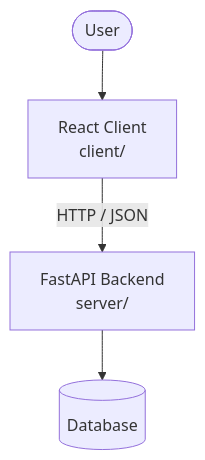
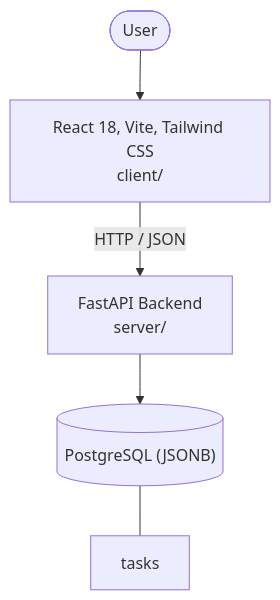
One commit to p67428378-afk/SCRUM changed the diagram in architecture.md. Above: the diagram before and after it, drawn with Mermaid. The commit also changed other lines of this file and 11 other files, not shown here.

````diff
--- a/architecture.md
+++ b/architecture.md
@@ -6,10 +6,11 @@
 ```mermaid
 graph TD
   User([User])
-  UI["React Client<br/>client/"]
+  UI["React 18, Vite, Tailwind CSS<br/>client/"]
   API["FastAPI Backend<br/>server/"]
-  DB[("Database")]
+  DB[("PostgreSQL (JSONB)")]
   User --> UI
   UI -->|HTTP / JSON| API
   API --> DB
+  DB --- tbl_tasks["tasks"]
 ```
````
